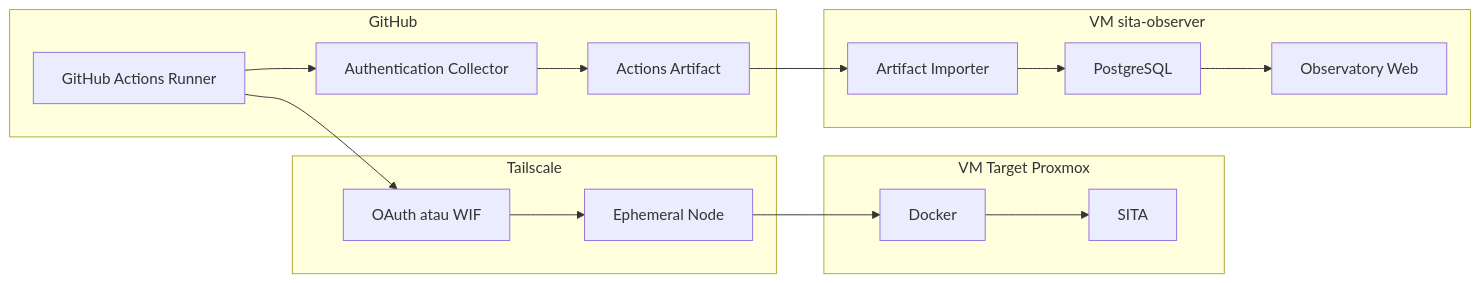
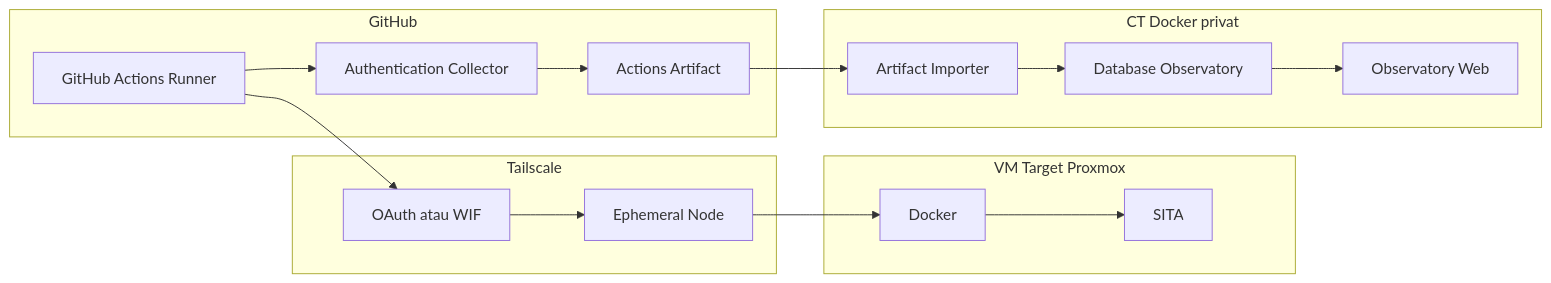
Before and after one commit to msaririzki/sita-auth-observatory: the first of 2 diagrams in docs/IMPLEMENTATION_PLAN.md, drawn with Mermaid. The commit also changed other lines of this file and 3 other files, not shown here.

````diff
--- a/docs/IMPLEMENTATION_PLAN.md
+++ b/docs/IMPLEMENTATION_PLAN.md
@@ -79,34 +89,34 @@
 ```mermaid
 flowchart LR
     subgraph GitHub
         A[GitHub Actions Runner]
         B[Authentication Collector]
         C[Actions Artifact]
     end
 
     subgraph Tailscale
         D[OAuth atau WIF]
         E[Ephemeral Node]
     end
 
     subgraph Target[VM Target Proxmox]
         F[Docker]
         G[SITA]
     end
 
-    subgraph Observer[VM sita-observer]
+    subgraph Observer[CT Docker privat]
         H[Artifact Importer]
-        I[PostgreSQL]
+        I[Database Observatory]
         J[Observatory Web]
     end
 
     A --> B
     A --> D
     D --> E
     E --> F
     F --> G
     B --> C
     C --> H
     H --> I
     I --> J
 ```
````
